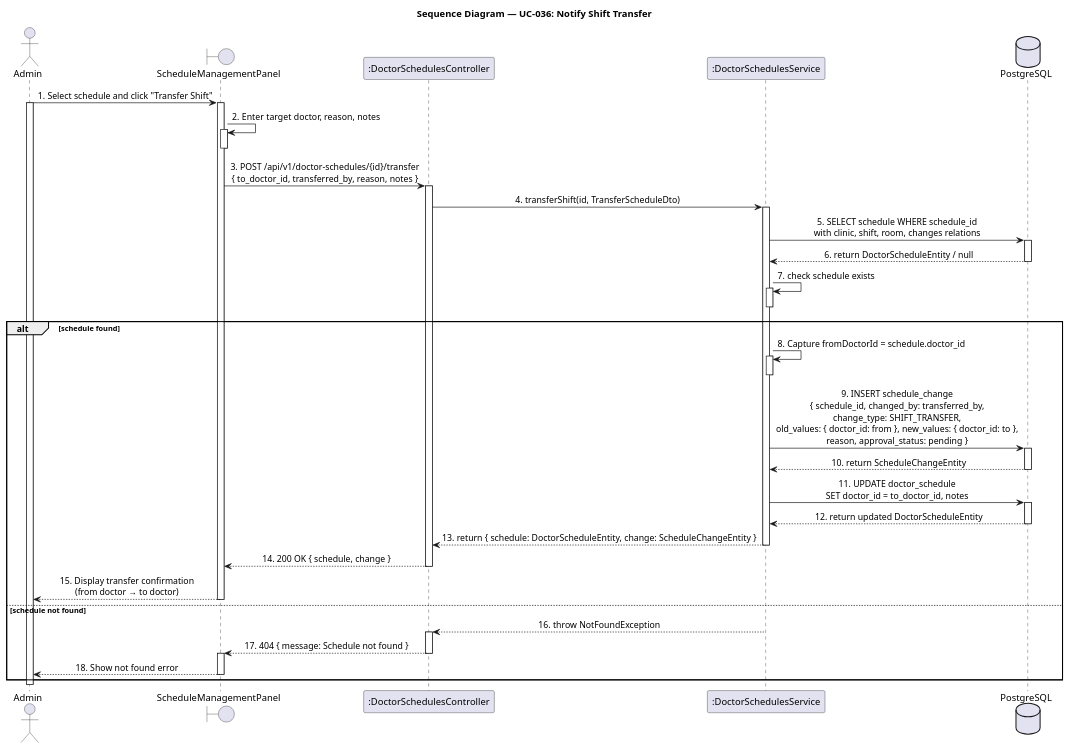
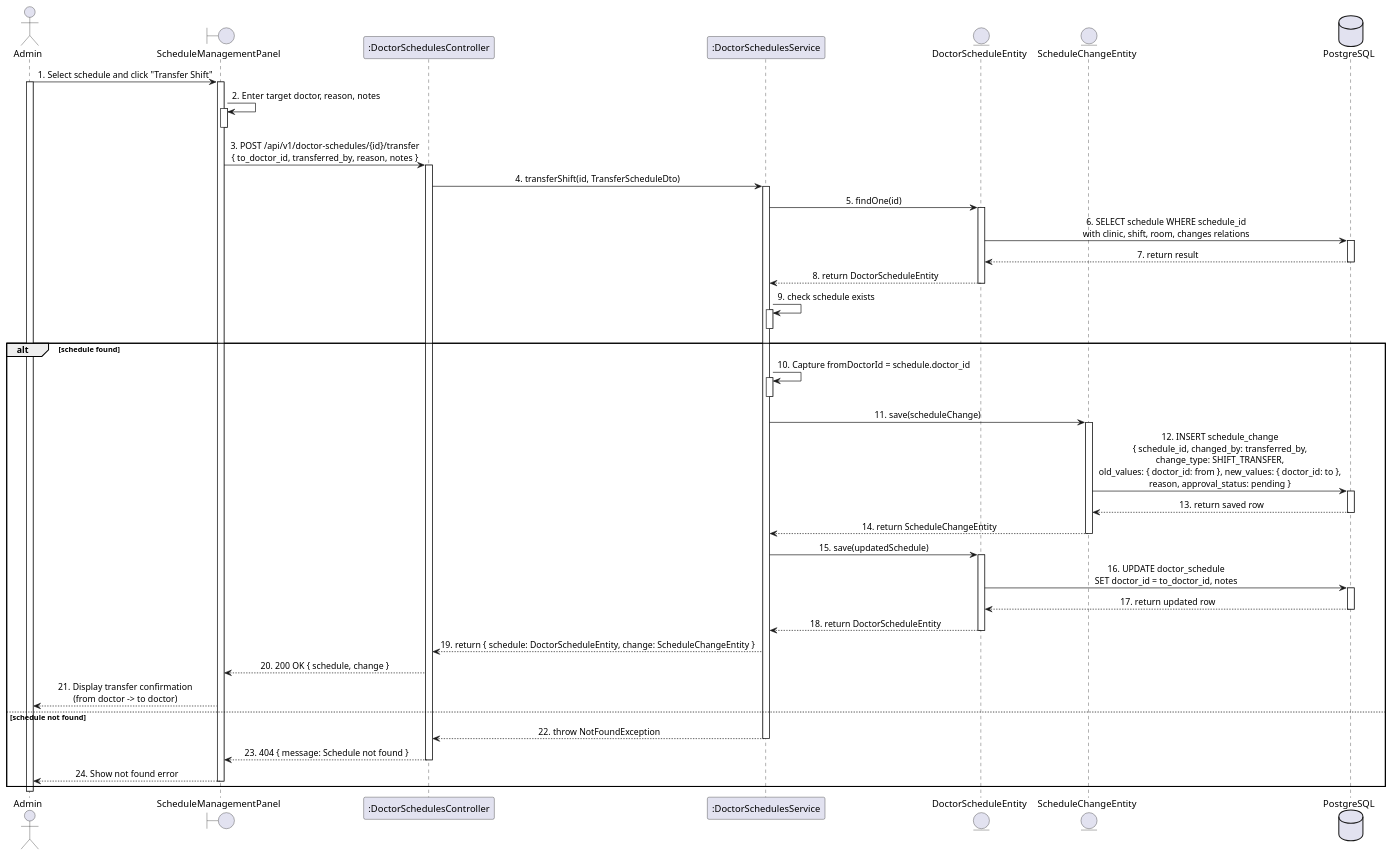
Before and after one commit to LTPPPP/Smart-Medical-Intelligent-Ledger-for-E-health-S.M.I.L.E-: the diagram in docs/sequence-diagram/UC36_NotifyShiftTransfer.puml, drawn with PlantUML. The commit also changed 114 other files, not shown here.

Commit message:
feat: complete class,sequence

```diff
--- a/docs/sequence-diagram/UC36_NotifyShiftTransfer.puml
+++ b/docs/sequence-diagram/UC36_NotifyShiftTransfer.puml
@@ -1,71 +1,77 @@
 @startuml SequenceDiagram
 skinparam shadowing false
 skinparam sequenceMessageAlign center
-
-title Sequence Diagram — UC-036: Notify Shift Transfer
-
 actor "Admin" as user
 boundary "ScheduleManagementPanel" as form
 participant ":DoctorSchedulesController" as ctrl
 participant ":DoctorSchedulesService" as schSvc
+entity "DoctorScheduleEntity" as schEntity
+entity "ScheduleChangeEntity" as changeEntity
 database "PostgreSQL" as db
 
 user -> form : 1. Select schedule and click "Transfer Shift"
 activate user
 activate form
 
 form -> form : 2. Enter target doctor, reason, notes
 activate form
 deactivate form
 
 form -> ctrl : 3. POST /api/v1/doctor-schedules/{id}/transfer\n{ to_doctor_id, transferred_by, reason, notes }
 activate ctrl
 
 ctrl -> schSvc : 4. transferShift(id, TransferScheduleDto)
 activate schSvc
 
-schSvc -> db : 5. SELECT schedule WHERE schedule_id\nwith clinic, shift, room, changes relations
+schSvc -> schEntity : 5. findOne(id)
+activate schEntity
+schEntity -> db : 6. SELECT schedule WHERE schedule_id\nwith clinic, shift, room, changes relations
 activate db
-db --> schSvc : 6. return DoctorScheduleEntity / null
+db --> schEntity : 7. return result
 deactivate db
+schEntity --> schSvc : 8. return DoctorScheduleEntity
+deactivate schEntity
 
-schSvc -> schSvc : 7. check schedule exists
+schSvc -> schSvc : 9. check schedule exists
 activate schSvc
 deactivate schSvc
 alt schedule found
-  schSvc -> schSvc : 8. Capture fromDoctorId = schedule.doctor_id
+  schSvc -> schSvc : 10. Capture fromDoctorId = schedule.doctor_id
   activate schSvc
   deactivate schSvc
 
-  schSvc -> db : 9. INSERT schedule_change\n{ schedule_id, changed_by: transferred_by,\nchange_type: SHIFT_TRANSFER,\nold_values: { doctor_id: from }, new_values: { doctor_id: to },\nreason, approval_status: pending }
+  schSvc -> changeEntity : 11. save(scheduleChange)
+  activate changeEntity
+  changeEntity -> db : 12. INSERT schedule_change\n{ schedule_id, changed_by: transferred_by,\nchange_type: SHIFT_TRANSFER,\nold_values: { doctor_id: from }, new_values: { doctor_id: to },\nreason, approval_status: pending }
   activate db
-  db --> schSvc : 10. return ScheduleChangeEntity
+  db --> changeEntity : 13. return saved row
   deactivate db
+  changeEntity --> schSvc : 14. return ScheduleChangeEntity
+  deactivate changeEntity
 
-  schSvc -> db : 11. UPDATE doctor_schedule\nSET doctor_id = to_doctor_id, notes
+  schSvc -> schEntity : 15. save(updatedSchedule)
+  activate schEntity
+  schEntity -> db : 16. UPDATE doctor_schedule\nSET doctor_id = to_doctor_id, notes
   activate db
-  db --> schSvc : 12. return updated DoctorScheduleEntity
+  db --> schEntity : 17. return updated row
   deactivate db
+  schEntity --> schSvc : 18. return DoctorScheduleEntity
+  deactivate schEntity
 
-  schSvc --> ctrl : 13. return { schedule: DoctorScheduleEntity, change: ScheduleChangeEntity }
+  schSvc --> ctrl : 19. return { schedule: DoctorScheduleEntity, change: ScheduleChangeEntity }
+
+  ctrl --> form : 20. 200 OK { schedule, change }
+
+  form --> user : 21. Display transfer confirmation\n(from doctor -> to doctor)
+else schedule not found
+  schSvc --> ctrl : 22. throw NotFoundException
   deactivate schSvc
-
-  ctrl --> form : 14. 200 OK { schedule, change }
+  ctrl --> form : 23. 404 { message: Schedule not found }
   deactivate ctrl
-
-  form --> user : 15. Display transfer confirmation\n(from doctor → to doctor)
-  deactivate form
-else schedule not found
-  schSvc --> ctrl : 16. throw NotFoundException
-  deactivate schSvc
-  activate ctrl
-  ctrl --> form : 17. 404 { message: Schedule not found }
-  deactivate ctrl
-  activate form
-  form --> user : 18. Show not found error
+  form --> user : 24. Show not found error
   deactivate form
 end
 
 deactivate user
 
 @enduml
```
